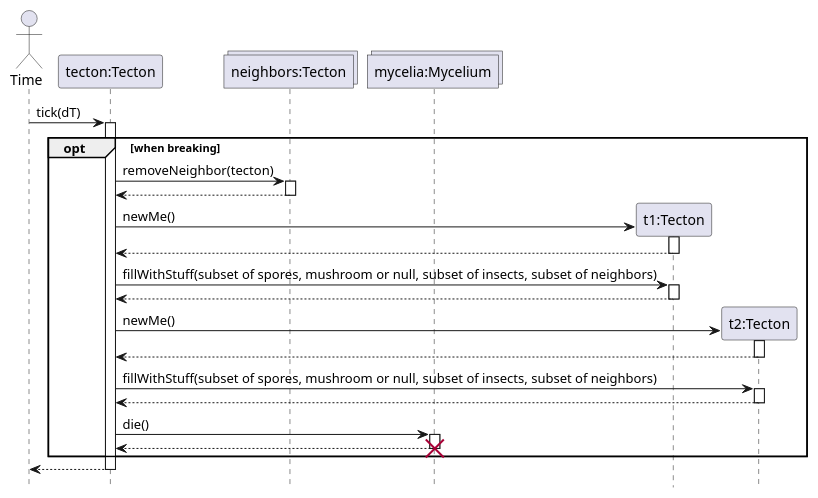
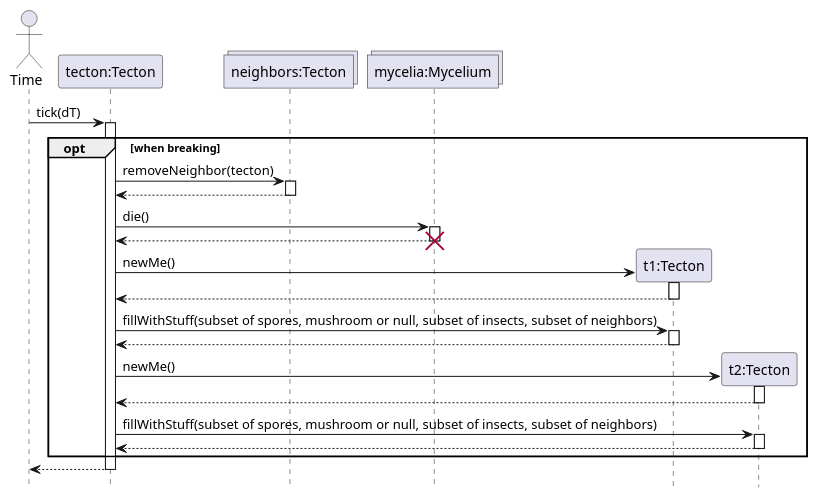
Before and after one commit to ZD4ve/projlab-error521: the diagram in SeqAndClassDiagrams/Tecton/tecton-break-seq.pu, drawn with PlantUML. The commit also changed other lines of this file and 3 other files, not shown here.

```diff
--- a/SeqAndClassDiagrams/Tecton/tecton-break-seq.pu
+++ b/SeqAndClassDiagrams/Tecton/tecton-break-seq.pu
@@ -1,45 +1,45 @@
 @startuml Tecton/tecton-break-seq
 hide footbox
 
 actor Time 
 participant "tecton:Tecton" as Dying
 collections "neighbors:Tecton" as allNeighbors
 collections "mycelia:Mycelium" as target
 
 Time -> Dying : tick(dT)
 activate Dying
 opt when breaking
 
 Dying -> allNeighbors : removeNeighbor(tecton)
 activate allNeighbors
 return
+
+
+Dying -> target : die()
+activate target
+
+return
+destroy target
 
 create "t1:Tecton" as New1
 Dying -> New1 : newMe()
 activate New1
 return
 Dying -> New1 : fillWithStuff(subset of spores, mushroom or null, subset of insects, subset of neighbors)
 activate New1
 
 return
 
 create "t2:Tecton" as New2
 Dying -> New2 : newMe()
 activate New2
 return
 
 Dying -> New2 : fillWithStuff(subset of spores, mushroom or null, subset of insects, subset of neighbors)
 activate New2
 
 return
-
-Dying -> target : die()
-activate target
-
-return
-destroy target
-
 end
 return
 
 @enduml
```
